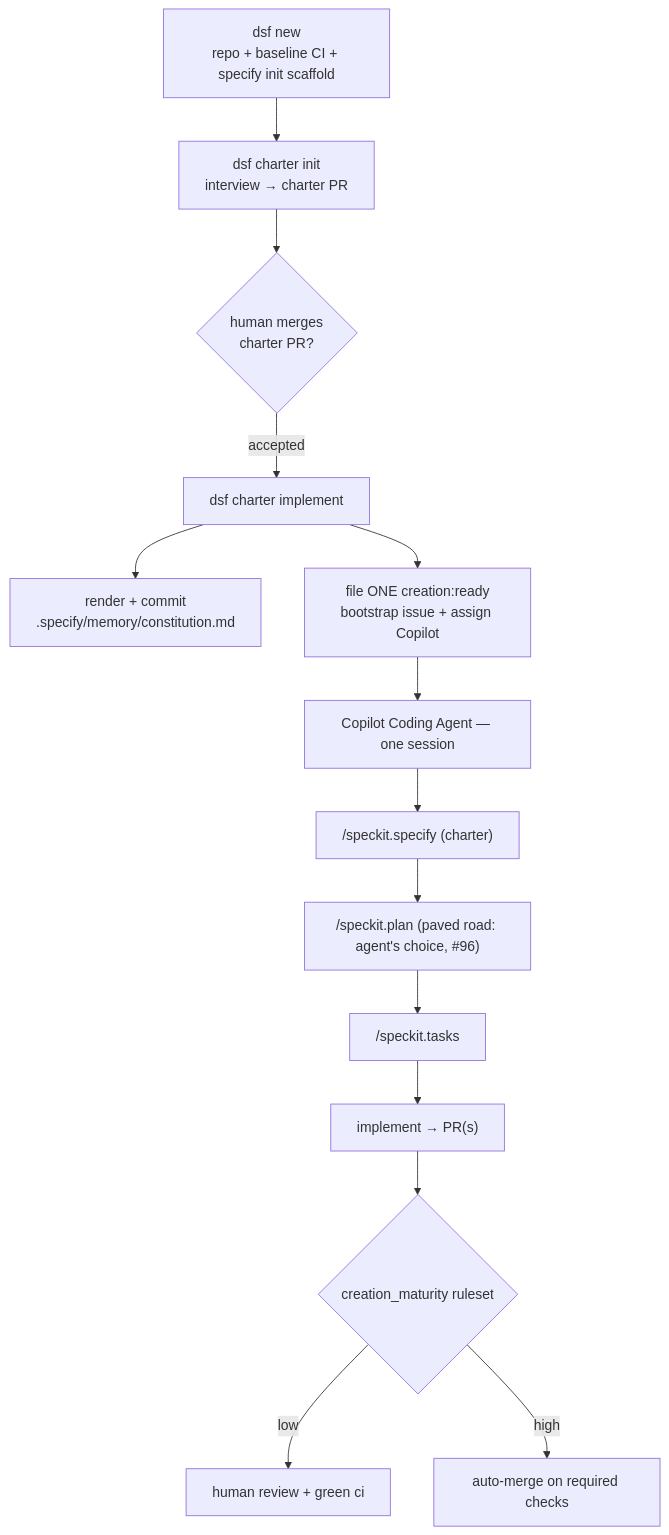
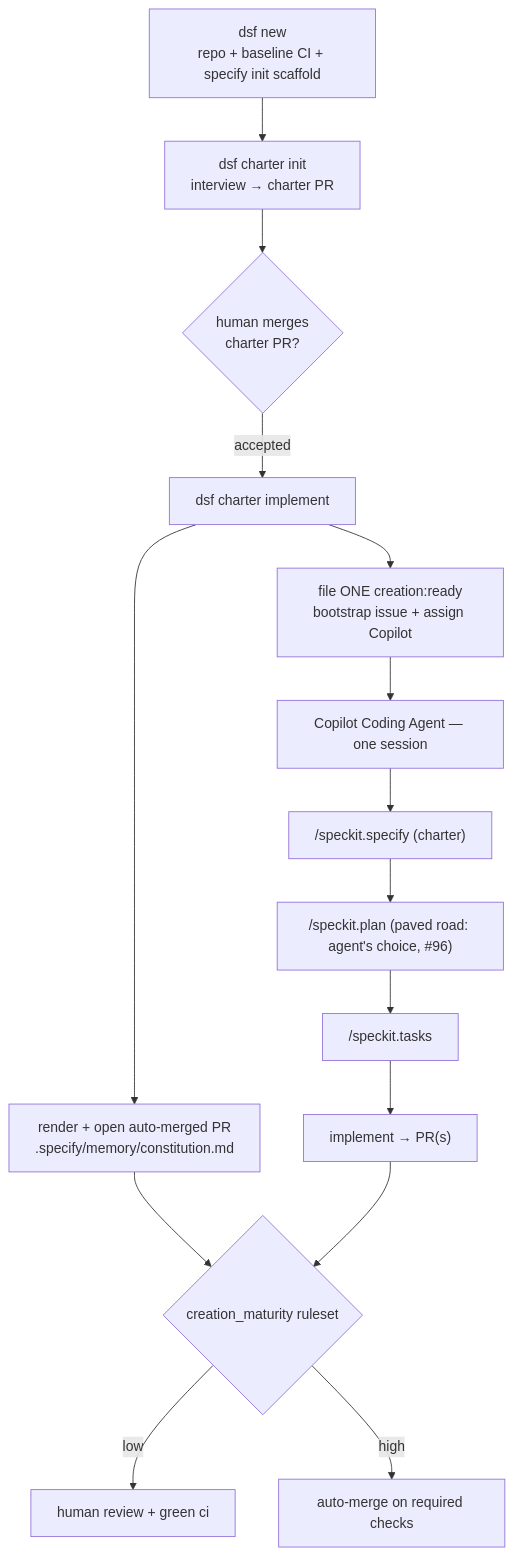
One commit to JoranBergfeld/dark-software-factory changed the diagram in docs/superpowers/specs/2026-06-29-charter-spec-kit-seeding-design.md. Above: the diagram before and after it, drawn with Mermaid. The commit also changed other lines of this file, not shown here.

First line of the commit message:
docs: reconcile charter spec-kit spec with auto-merged constitution PR

````diff
--- a/docs/superpowers/specs/2026-06-29-charter-spec-kit-seeding-design.md
+++ b/docs/superpowers/specs/2026-06-29-charter-spec-kit-seeding-design.md
@@ -87,16 +88,17 @@
 ```mermaid
 flowchart TB
     N["dsf new<br/>repo + baseline CI + specify init scaffold"] --> CI["dsf charter init<br/>interview → charter PR"]
     CI --> M{"human merges<br/>charter PR?"}
     M -->|accepted| IMPL["dsf charter implement"]
-    IMPL --> C["render + commit<br/>.specify/memory/constitution.md"]
+    IMPL --> C["render + open auto-merged PR<br/>.specify/memory/constitution.md"]
     IMPL --> B["file ONE creation:ready<br/>bootstrap issue + assign Copilot"]
     B --> AG["Copilot Coding Agent — one session"]
     AG --> S1["/speckit.specify (charter)"]
     S1 --> S2["/speckit.plan (paved road: agent's choice, #96)"]
     S2 --> S3["/speckit.tasks"]
     S3 --> S4["implement → PR(s)"]
+    C --> G
     S4 --> G{"creation_maturity ruleset"}
     G -->|low| H["human review + green ci"]
     G -->|high| AM["auto-merge on required checks"]
 ```
````
